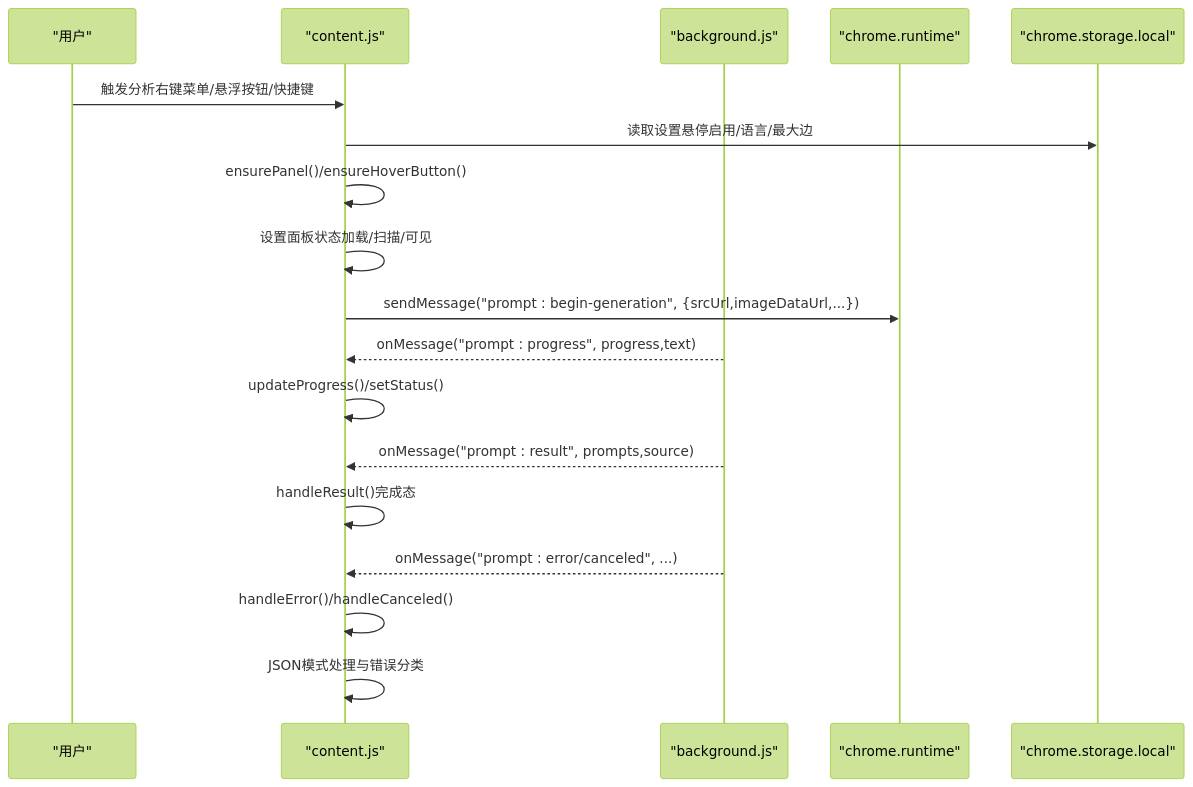
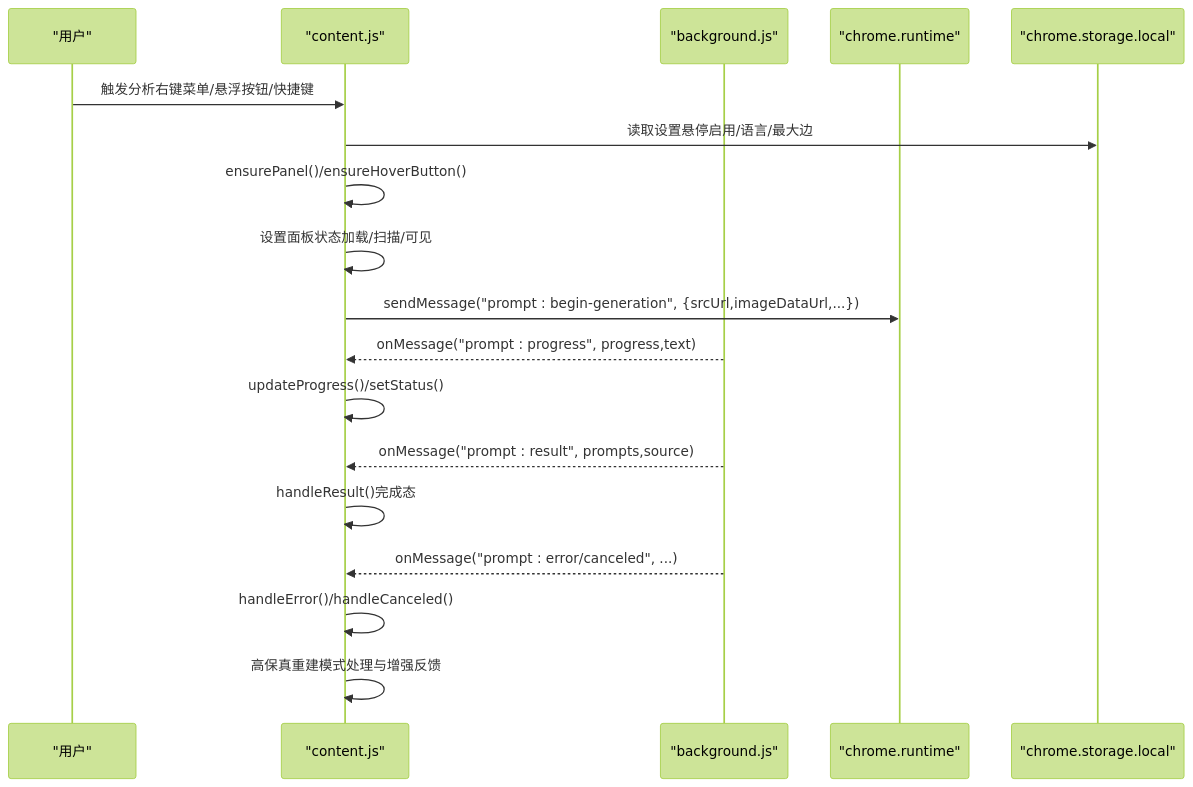
One commit to binasi/Img2Prompt changed the second of 5 diagrams in .qoder/repowiki/zh/content/开发指南/功能开发/前端界面开发/内容脚本用户界面.md. Above: the diagram before and after it, drawn with Mermaid (forest theme). The commit also changed other lines of this file and 21 other files, not shown here.

````diff
--- a/.qoder/repowiki/zh/content/开发指南/功能开发/前端界面开发/内容脚本用户界面.md
+++ b/.qoder/repowiki/zh/content/开发指南/功能开发/前端界面开发/内容脚本用户界面.md
@@ -130,20 +128,20 @@
 ```mermaid
 sequenceDiagram
 participant U as "用户"
 participant CS as "content.js"
 participant BG as "background.js"
 participant RT as "chrome.runtime"
 participant ST as "chrome.storage.local"
 U->>CS : 触发分析右键菜单/悬浮按钮/快捷键
 CS->>ST : 读取设置悬停启用/语言/最大边
 CS->>CS : ensurePanel()/ensureHoverButton()
 CS->>CS : 设置面板状态加载/扫描/可见
 CS->>RT : sendMessage("prompt : begin-generation", {srcUrl,imageDataUrl,...})
 BG-->>CS : onMessage("prompt : progress", progress,text)
 CS->>CS : updateProgress()/setStatus()
 BG-->>CS : onMessage("prompt : result", prompts,source)
 CS->>CS : handleResult()完成态
 BG-->>CS : onMessage("prompt : error/canceled", ...)
 CS->>CS : handleError()/handleCanceled()
-CS->>CS : JSON模式处理与错误分类
+CS->>CS : 高保真重建模式处理与增强反馈
 ```
````
